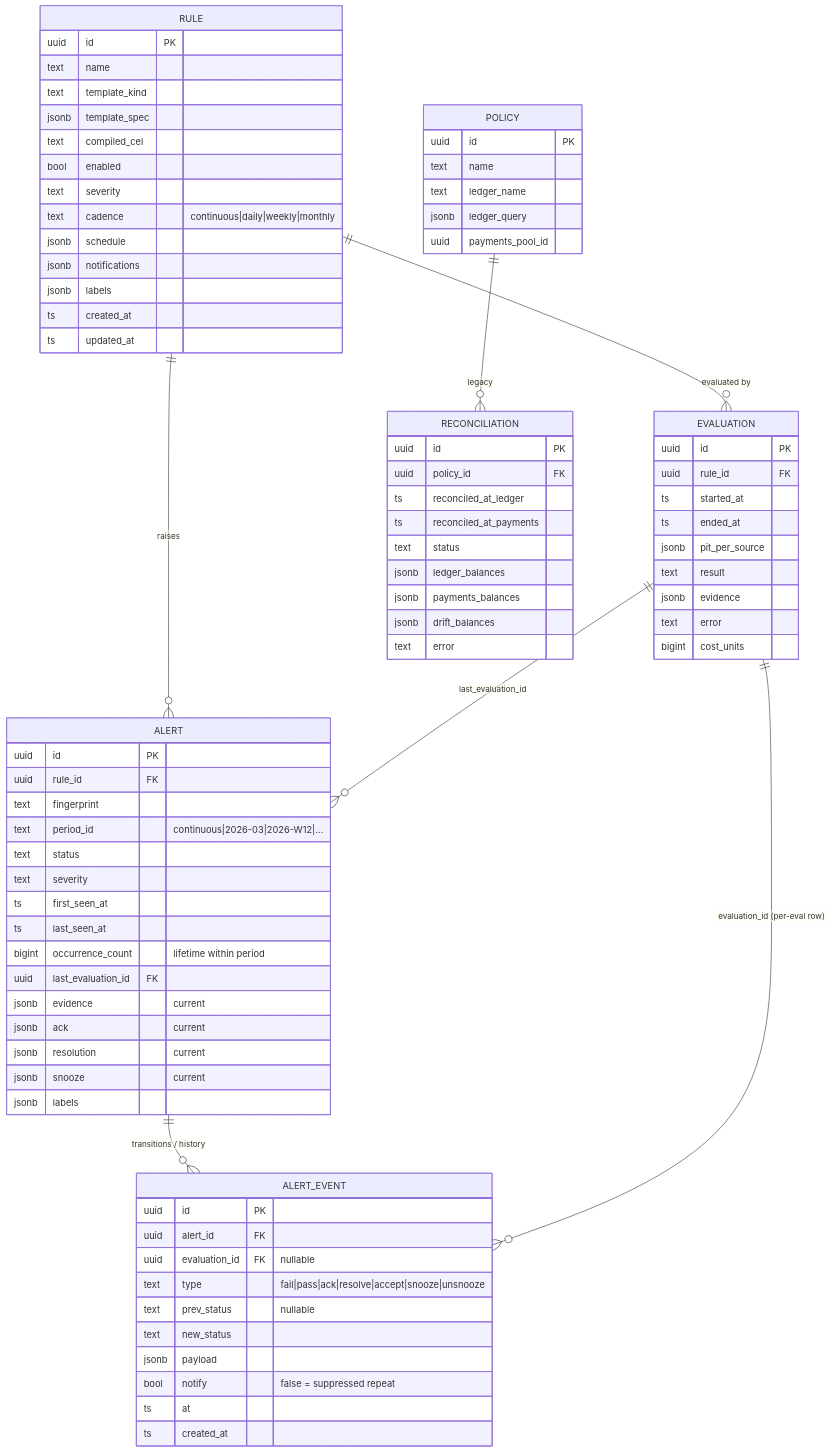
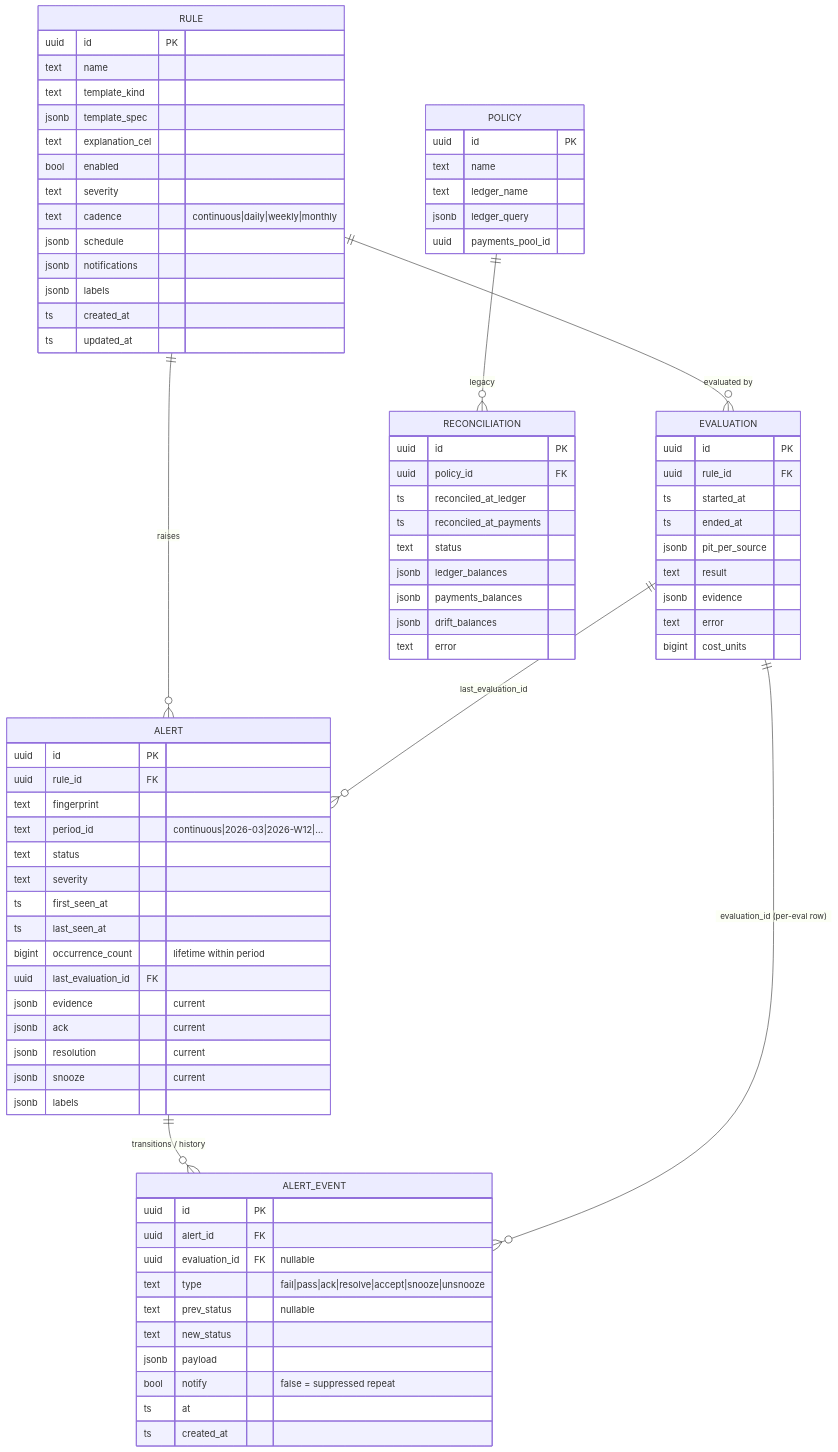
Before and after one commit to formancehq/reconciliation: the fourth of 4 diagrams in docs/technical/architecture.md, drawn with Mermaid. The commit also changed 25 other files, not shown here.

Commit message:
fix(reconciliation): align CEL explanation contract

```diff
--- a/docs/technical/architecture.md
+++ b/docs/technical/architecture.md
@@ -121,7 +121,7 @@
         text name
         text template_kind
         jsonb template_spec
-        text compiled_cel
+        text explanation_cel
         bool enabled
         text severity
         text cadence "continuous|daily|weekly|monthly"
```
